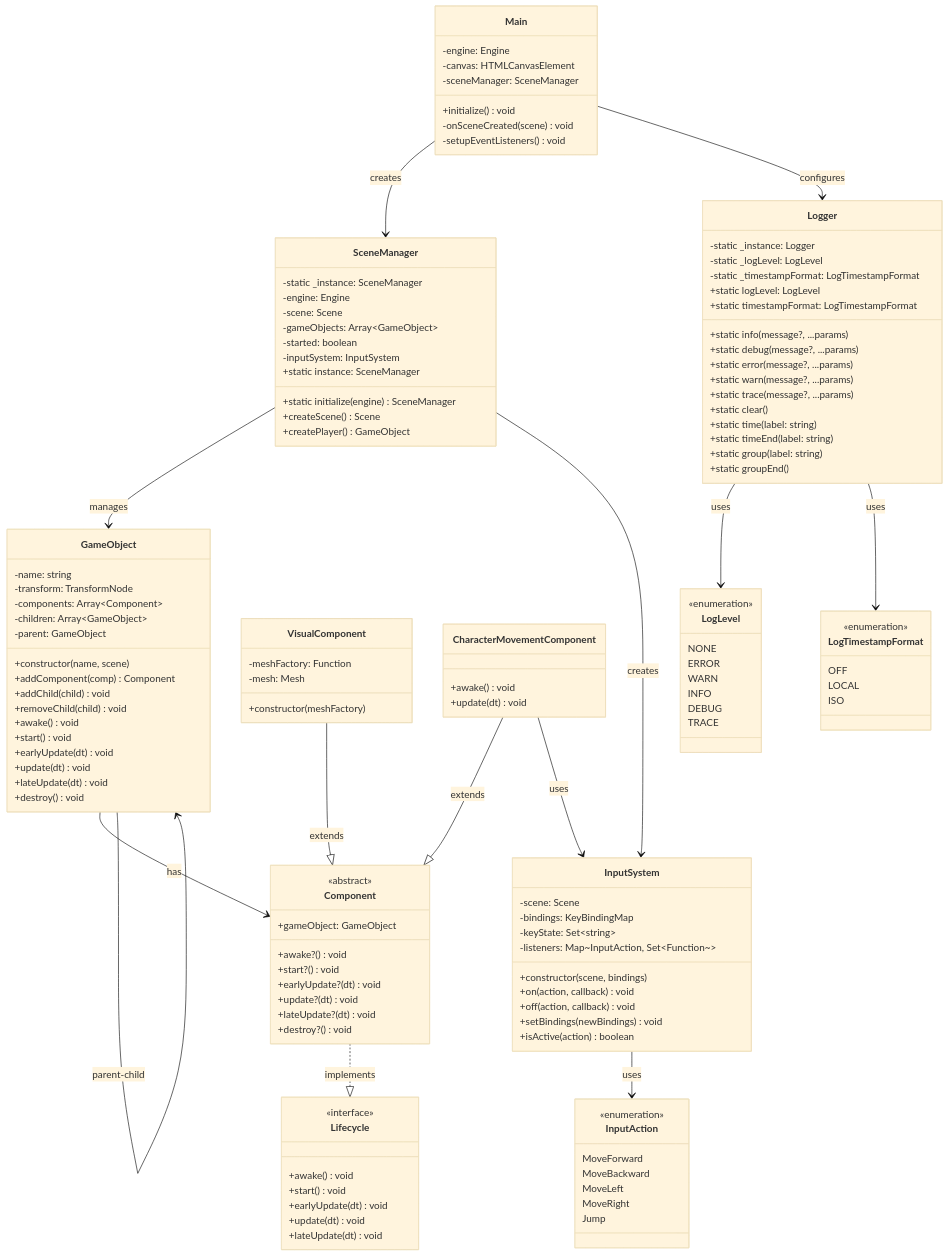
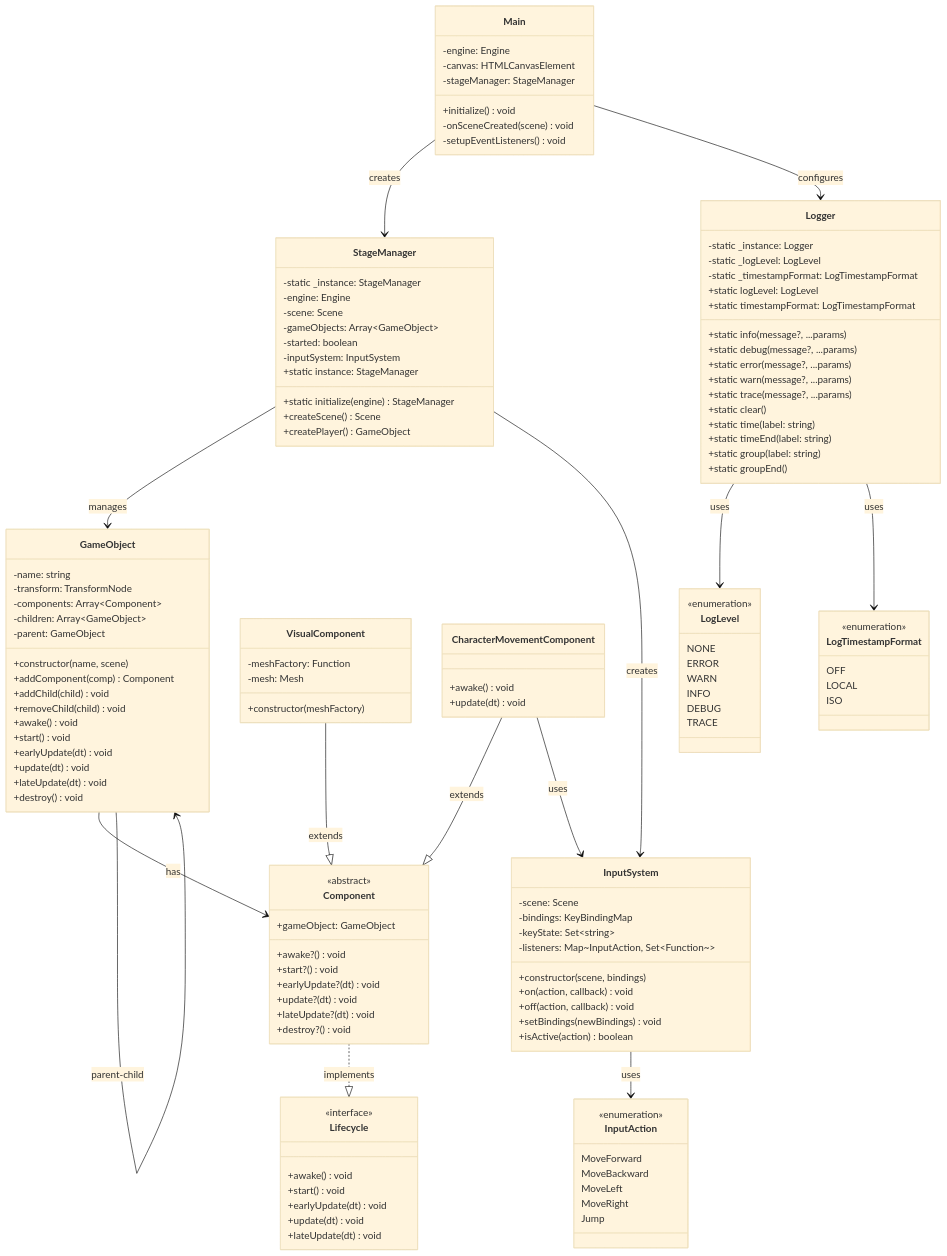
One commit to Corysia/kitchen-chaos changed the first of 4 diagrams in DOCUMENTATION.md. Above: the diagram before and after it, drawn with Mermaid (base theme). The commit also changed other lines of this file and 4 other files, not shown here.

Commit message:
Rename SceneManager to StageManager

```diff
--- a/DOCUMENTATION.md
+++ b/DOCUMENTATION.md
@@ -338,22 +338,22 @@
     class Main {
         -engine: Engine
         -canvas: HTMLCanvasElement
-        -sceneManager: SceneManager
+        -stageManager: StageManager
         +initialize() void
         -onSceneCreated(scene) void
         -setupEventListeners() void
     }
     
     %% Framework Core
-    class SceneManager {
-        -static _instance: SceneManager
+    class StageManager {
+        -static _instance: StageManager
         -engine: Engine
         -scene: Scene
         -gameObjects: Array~GameObject~
         -started: boolean
         -inputSystem: InputSystem
-        +static instance: SceneManager
-        +static initialize(engine) SceneManager
+        +static instance: StageManager
+        +static initialize(engine) StageManager
         +createScene() Scene
         +createPlayer() GameObject
     }
@@ -469,10 +469,10 @@
     }
     
     %% Relationships
-    Main --> SceneManager : creates
+    Main --> StageManager : creates
     Main --> Logger : configures
-    SceneManager --> GameObject : manages
-    SceneManager --> InputSystem : creates
+    StageManager --> GameObject : manages
+    StageManager --> InputSystem : creates
     GameObject --> Component : has
     GameObject --> GameObject : parent-child
     VisualComponent --|> Component : extends
```
